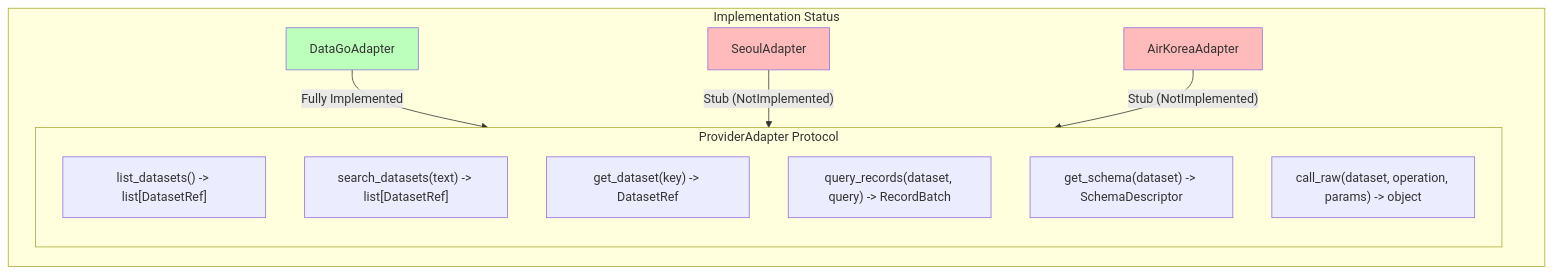
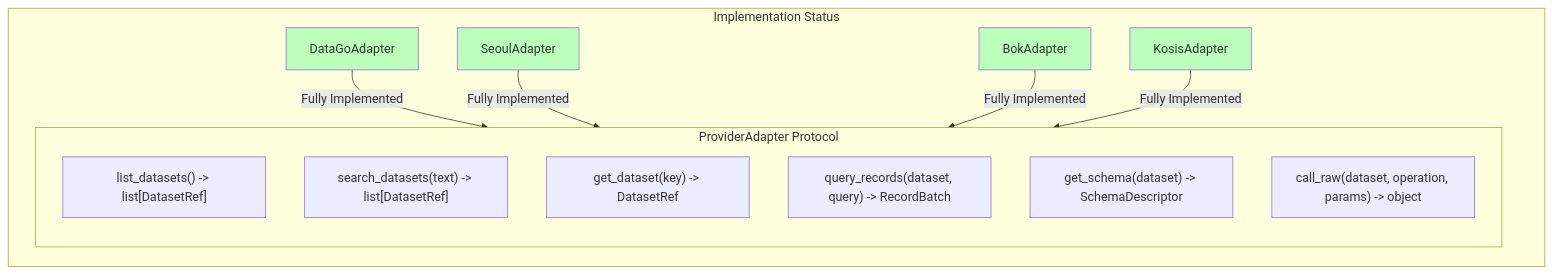
The eighth of 9 diagrams in docs/architecture-diagrams.md (yeongseon/kpubdata), drawn with Mermaid before and after one commit. The commit also changed other lines of this file and 9 other files, not shown here.

````diff
--- a/docs/architecture-diagrams.md
+++ b/docs/architecture-diagrams.md
@@ -396,24 +400,26 @@
 ```mermaid
 graph TB
     subgraph Protocol [ProviderAdapter Protocol]
         direction TB
         M1["list_datasets() -> list[DatasetRef]"]
         M2["search_datasets(text) -> list[DatasetRef]"]
         M3["get_dataset(key) -> DatasetRef"]
         M4["query_records(dataset, query) -> RecordBatch"]
         M5["get_schema(dataset) -> SchemaDescriptor"]
         M6["call_raw(dataset, operation, params) -> object"]
     end
 
     Protocol --- Implementation
 
     subgraph Implementation [Implementation Status]
         DataGo[DataGoAdapter] -- "Fully Implemented" --> Protocol
-        Seoul[SeoulAdapter] -- "Stub (NotImplemented)" --> Protocol
-        AirKorea[AirKoreaAdapter] -- "Stub (NotImplemented)" --> Protocol
+        Seoul[SeoulAdapter] -- "Fully Implemented" --> Protocol
+        Bok[BokAdapter] -- "Fully Implemented" --> Protocol
+        Kosis[KosisAdapter] -- "Fully Implemented" --> Protocol
     end
 
     style DataGo fill:#bfb
-    style Seoul fill:#fbb
-    style AirKorea fill:#fbb
+    style Seoul fill:#bfb
+    style Bok fill:#bfb
+    style Kosis fill:#bfb
 ```
````
